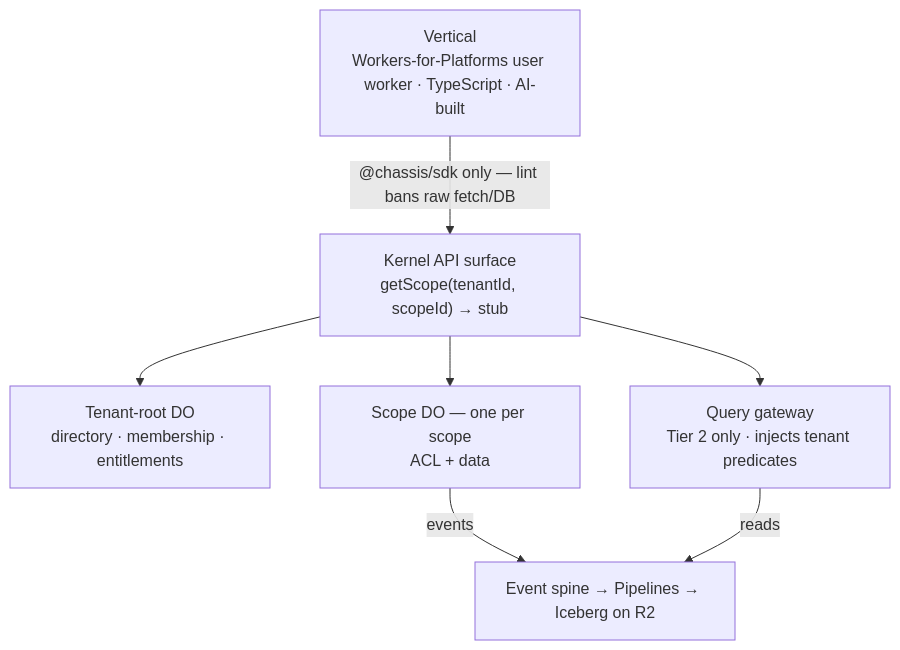
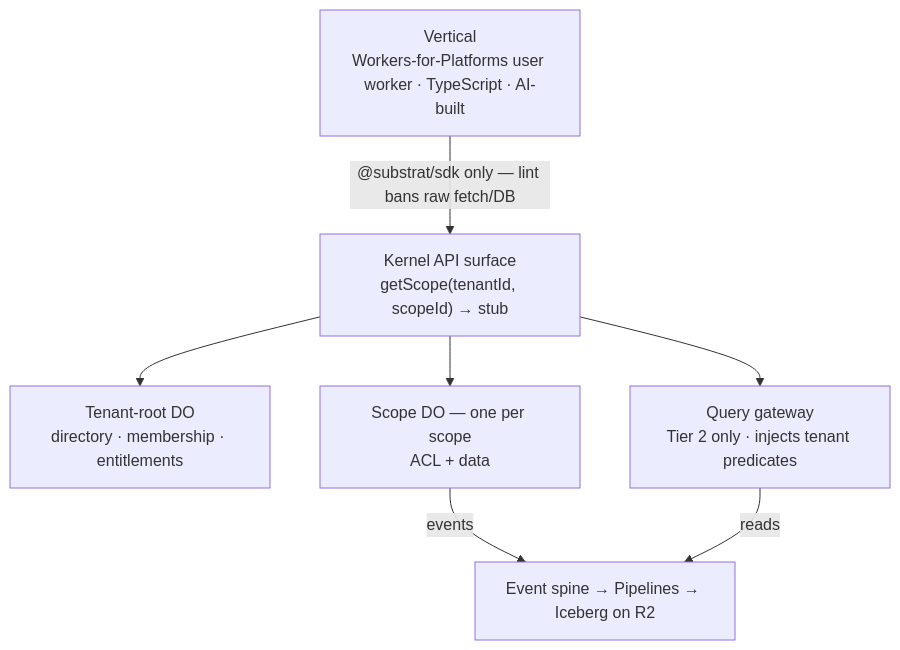
The diagram in docs/design/kernel-design.md (markusahlstrand/chassis), drawn with Mermaid before and after one commit. The commit also changed other lines of this file and 60 other files, not shown here.

First line of the commit message:
Rename Chassis → Substrat (decision 24)

````diff
--- a/docs/design/kernel-design.md
+++ b/docs/design/kernel-design.md
@@ -42,16 +42,16 @@
 ```mermaid
 flowchart TB
     V["Vertical<br/>Workers-for-Platforms user worker · TypeScript · AI-built"]
     API["Kernel API surface<br/>getScope(tenantId, scopeId) → stub"]
     TR["Tenant-root DO<br/>directory · membership · entitlements"]
     S["Scope DO — one per scope<br/>ACL + data"]
     QG["Query gateway<br/>Tier 2 only · injects tenant predicates"]
     SPINE["Event spine → Pipelines → Iceberg on R2"]
 
-    V -->|"@chassis/sdk only — lint bans raw fetch/DB"| API
+    V -->|"@substrat/sdk only — lint bans raw fetch/DB"| API
     API --> TR
     API --> S
     API --> QG
     S -->|events| SPINE
     QG -->|reads| SPINE
 ```
````
